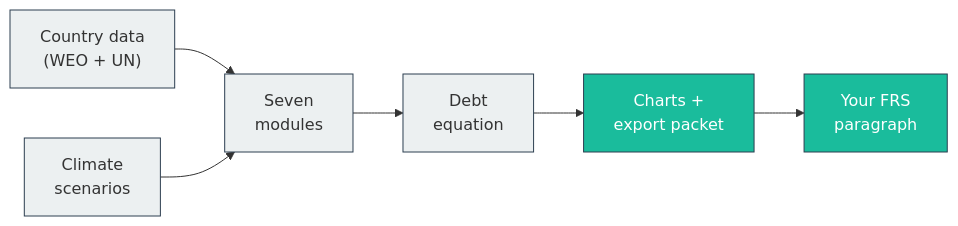
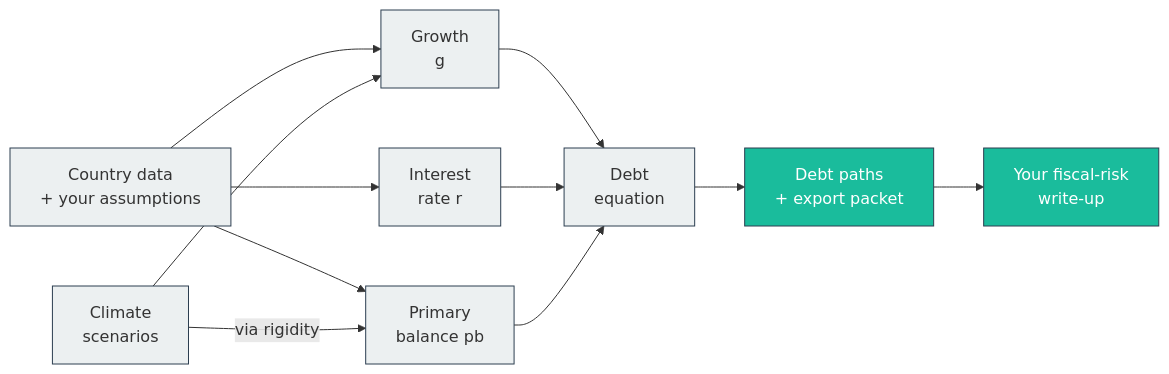
One commit to Teal-Insights/QCraft-App changed the diagram in docs/companion-guide/m4-uganda-end-to-end.qmd. Above: the diagram before and after it, drawn with Mermaid. The commit also changed 6 other files, not shown here.

````diff
--- a/docs/companion-guide/m4-uganda-end-to-end.qmd
+++ b/docs/companion-guide/m4-uganda-end-to-end.qmd
@@ -43,17 +43,24 @@
 ```{mermaid}
-%%| fig-cap: "This module is the output node: charts, packet, and the prose that comes out of them."
+%%| fig-cap: "This module is the output end: debt paths, the packet, and the prose that comes out of them."
 %%| fig-width: 6
 flowchart LR
-    D["Country data<br>(WEO + UN)"] --> M["Seven<br>modules"]
-    S["Climate<br>scenarios"] --> M
-    M --> E["Debt<br>equation"]
-    E --> O["Charts +<br>export packet"]
-    O --> F["Your FRS<br>paragraph"]
+    D["Country data<br>+ your assumptions"] --> G["Growth<br>g"]
+    D --> R["Interest<br>rate r"]
+    D --> P["Primary<br>balance pb"]
+    C["Climate<br>scenarios"] --> G
+    C -->|"via rigidity"| P
+    G --> E["Debt<br>equation"]
+    R --> E
+    P --> E
+    E --> O["Debt paths<br>+ export packet"]
+    O --> F["Your fiscal-risk<br>write-up"]
 
     style D fill:#ECF0F1,stroke:#2C3E50
-    style S fill:#ECF0F1,stroke:#2C3E50
-    style M fill:#ECF0F1,stroke:#2C3E50
+    style C fill:#ECF0F1,stroke:#2C3E50
+    style G fill:#ECF0F1,stroke:#2C3E50
+    style R fill:#ECF0F1,stroke:#2C3E50
+    style P fill:#ECF0F1,stroke:#2C3E50
     style E fill:#ECF0F1,stroke:#2C3E50
     style O fill:#1ABC9C,stroke:#2C3E50,color:#fff
     style F fill:#1ABC9C,stroke:#2C3E50,color:#fff
 ```
````
